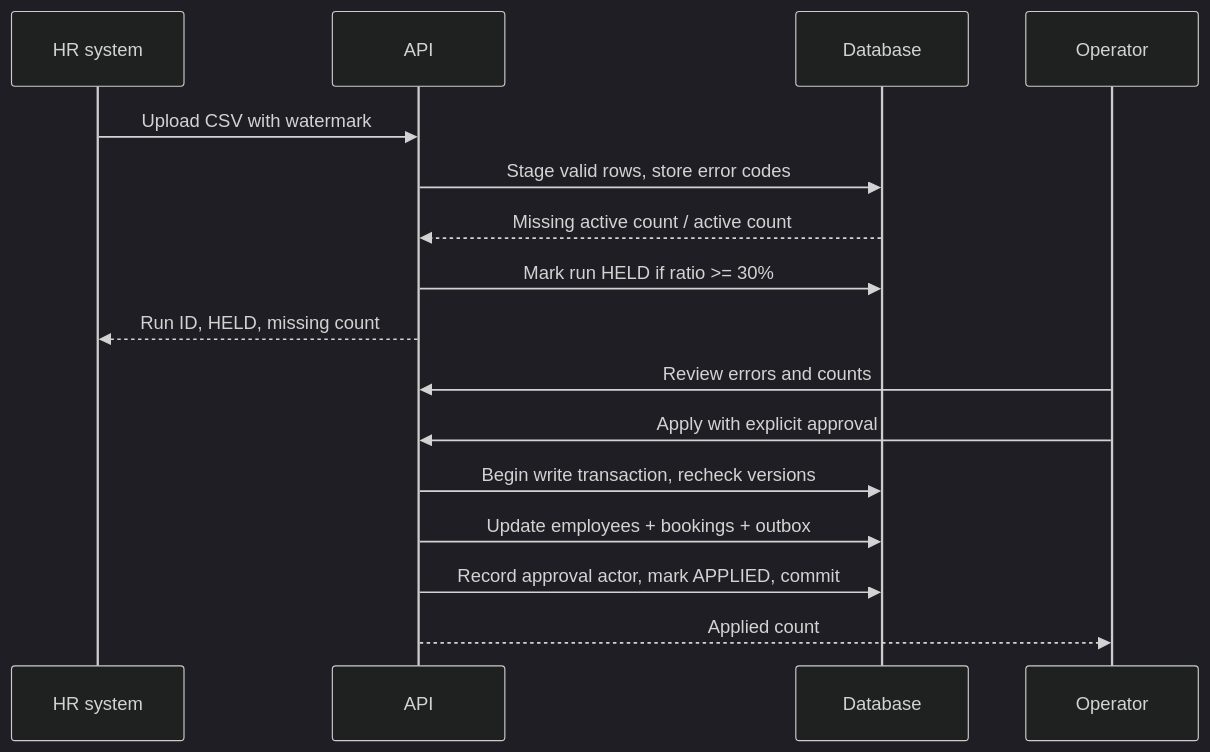
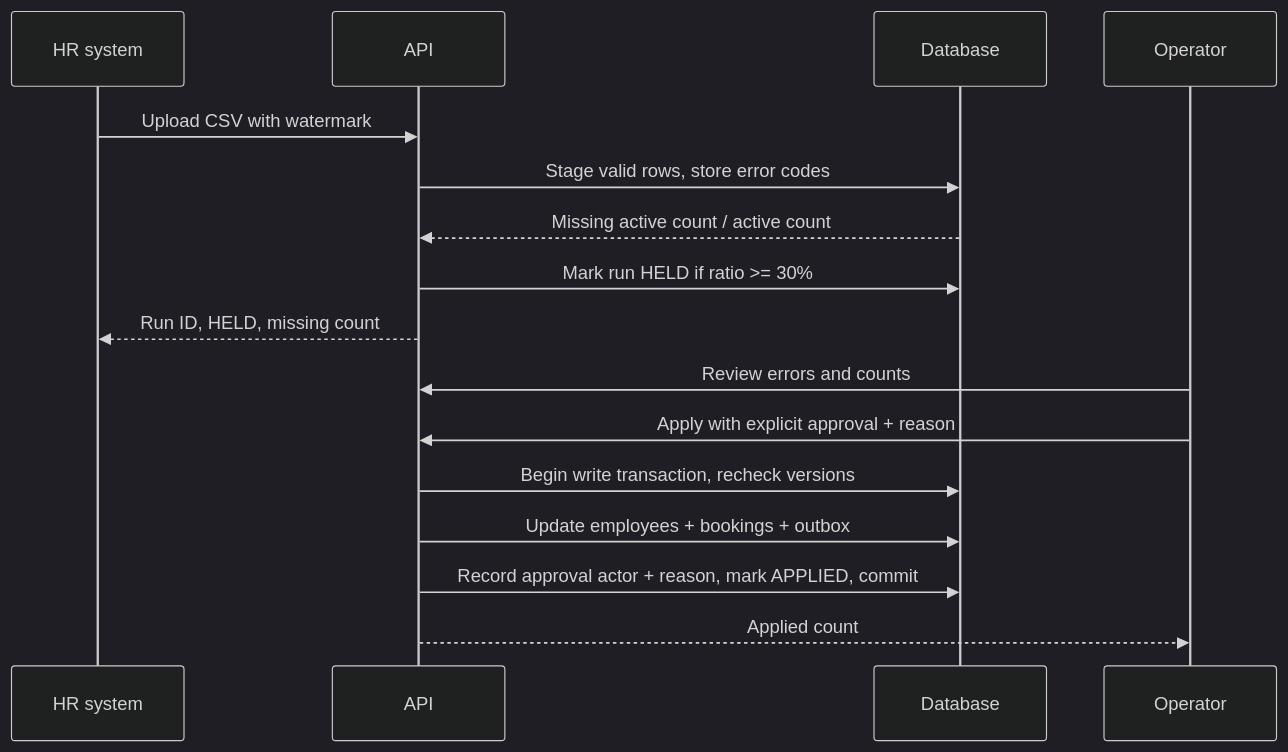
The second of 2 diagrams in DESIGN.md (arnavnaik22/HR-Roster-Sync), drawn with Mermaid (dark theme) before and after one commit. The commit also changed other lines of this file and 14 other files, not shown here.

````diff
--- a/DESIGN.md
+++ b/DESIGN.md
@@ -27,18 +27,18 @@
 ```mermaid
 sequenceDiagram
   participant HR as HR system
   participant API as API
   participant DB as Database
   participant OP as Operator
   HR->>API: Upload CSV with watermark
   API->>DB: Stage valid rows, store error codes
   DB-->>API: Missing active count / active count
   API->>DB: Mark run HELD if ratio >= 30%
   API-->>HR: Run ID, HELD, missing count
   OP->>API: Review errors and counts
-  OP->>API: Apply with explicit approval
+  OP->>API: Apply with explicit approval + reason
   API->>DB: Begin write transaction, recheck versions
   API->>DB: Update employees + bookings + outbox
-  API->>DB: Record approval actor, mark APPLIED, commit
+  API->>DB: Record approval actor + reason, mark APPLIED, commit
   API-->>OP: Applied count
 ```
````
